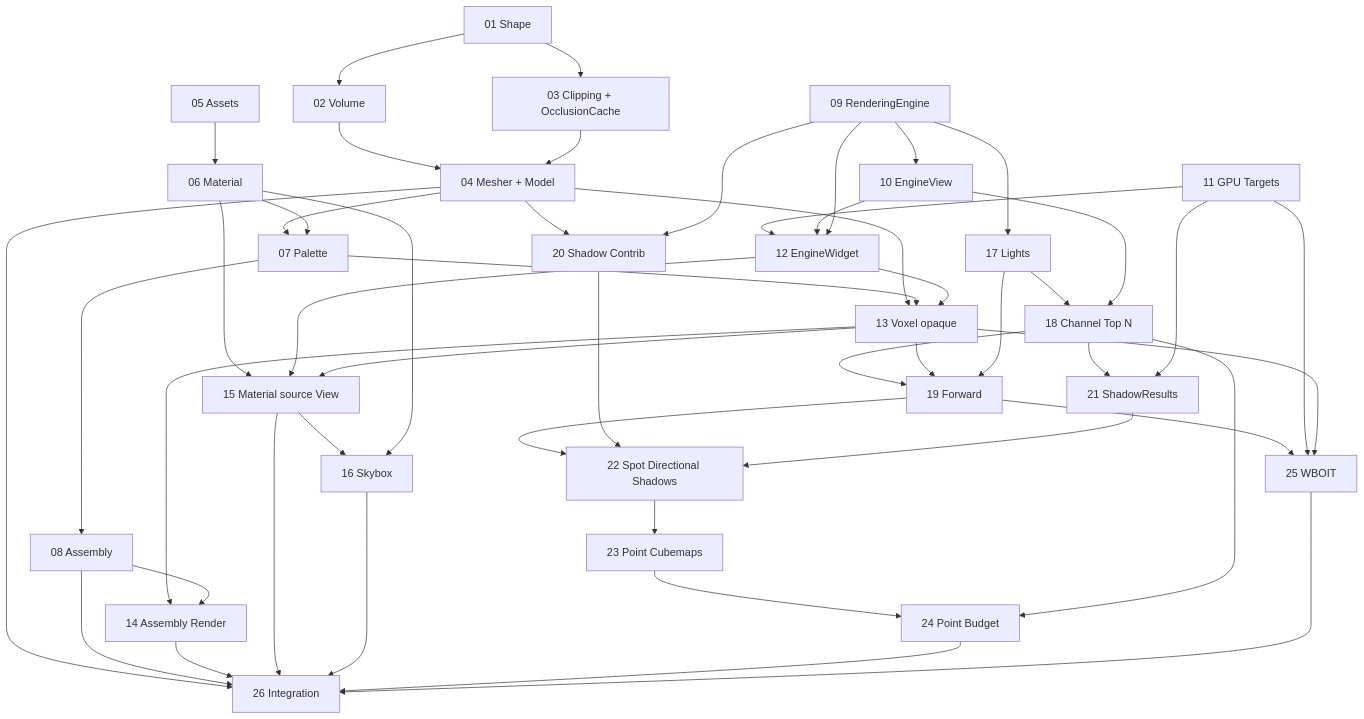
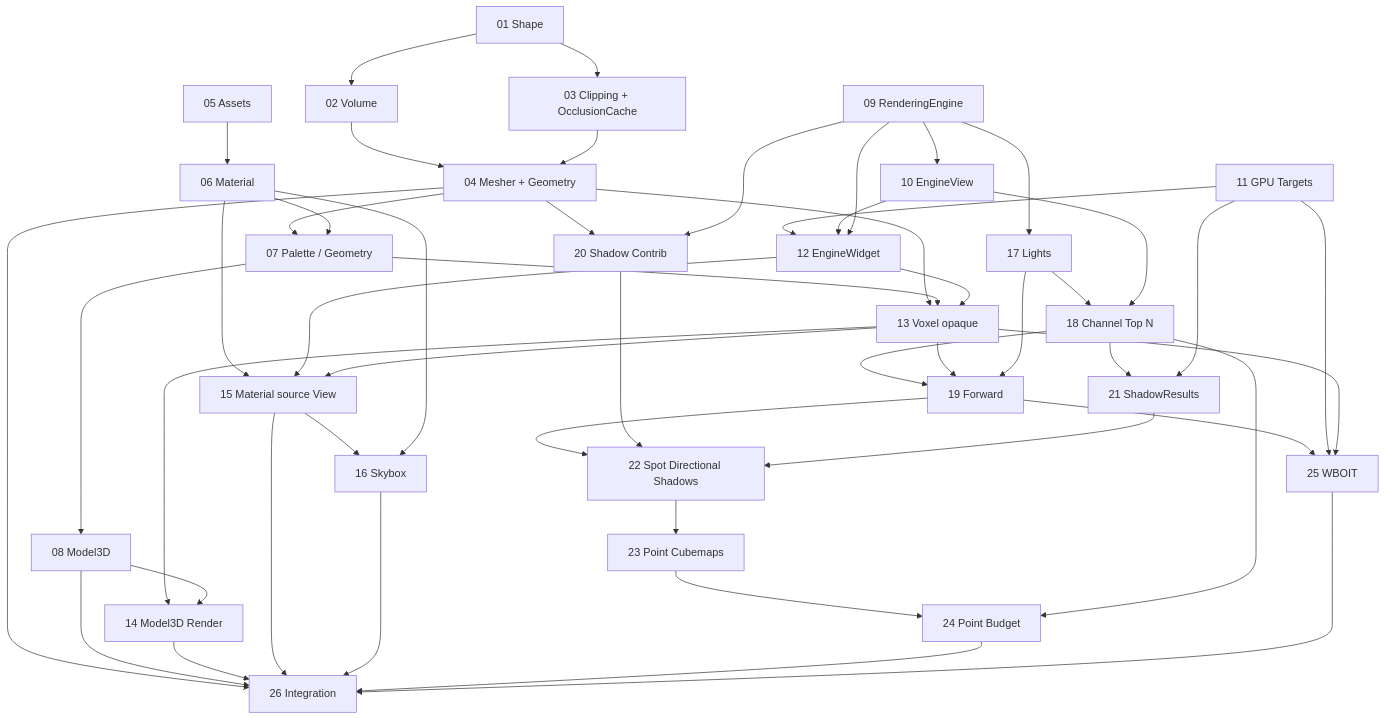
The diagram in docs/voxel-engine-v0.1.4/implementation/DEPENDENCIES.md (EreliaStudio/Sparkle), drawn with Mermaid before and after one commit. The commit also changed other lines of this file and 6 other files, not shown here.

Commit message:
docs: mark PR01-08 delivered and update implementation roadmap

````diff
--- a/docs/voxel-engine-v0.1.4/implementation/DEPENDENCIES.md
+++ b/docs/voxel-engine-v0.1.4/implementation/DEPENDENCIES.md
@@ -5,46 +7,46 @@
 ```mermaid
 flowchart TD
   P01["01 Shape"] --> P02["02 Volume"]
   P01 --> P03["03 Clipping + OcclusionCache"]
-  P02 --> P04["04 Mesher + Model"]
+  P02 --> P04["04 Mesher + Geometry"]
   P03 --> P04
   P05["05 Assets"] --> P06["06 Material"]
-  P04 --> P07["07 Palette"]
-  P06 --> P07 --> P08["08 Assembly"]
+  P04 --> P07["07 Palette / Geometry"]
+  P06 --> P07 --> P08["08 Model3D"]
   P09["09 RenderingEngine"] --> P10["10 EngineView"]
   P11["11 GPU Targets"] --> P12["12 EngineWidget"]
   P10 --> P12
   P09 --> P12
   P04 --> P13["13 Voxel opaque"]
   P07 --> P13
-  P12 --> P13 --> P14["14 Assembly Render"]
+  P12 --> P13 --> P14["14 Model3D Render"]
   P08 --> P14
   P06 --> P15["15 Material source View"]
   P12 --> P15
   P13 --> P15 --> P16["16 Skybox"]
   P06 --> P16
   P09 --> P17["17 Lights"]
   P17 --> P18["18 Channel Top N"]
   P10 --> P18
   P18 --> P19["19 Forward"]
   P13 --> P19
   P17 --> P19
   P04 --> P20["20 Shadow Contrib"]
   P09 --> P20
   P18 --> P21["21 ShadowResults"]
   P11 --> P21
   P19 --> P22["22 Spot Directional Shadows"]
   P20 --> P22
   P21 --> P22 --> P23["23 Point Cubemaps"] --> P24["24 Point Budget"]
   P18 --> P24
   P19 --> P25["25 WBOIT"]
   P11 --> P25
   P13 --> P25
   P04 --> P26["26 Integration"]
   P08 --> P26
   P14 --> P26
   P15 --> P26
   P16 --> P26
   P24 --> P26
   P25 --> P26
 ```
````
